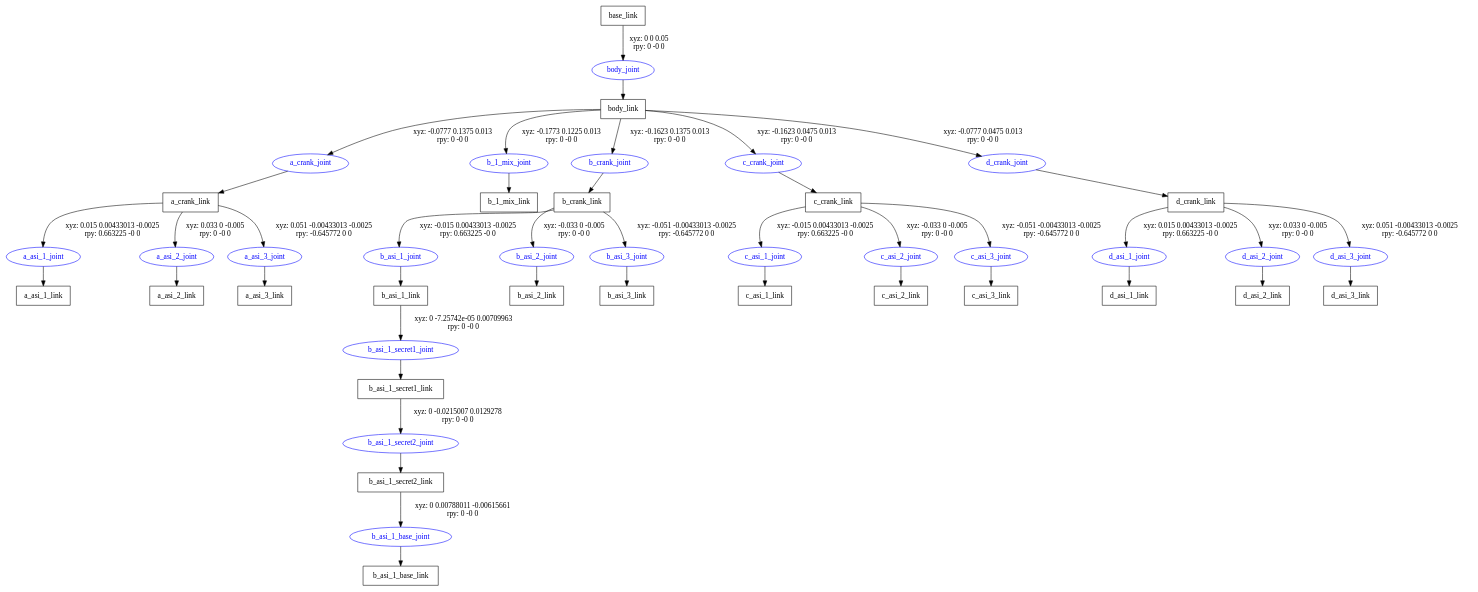
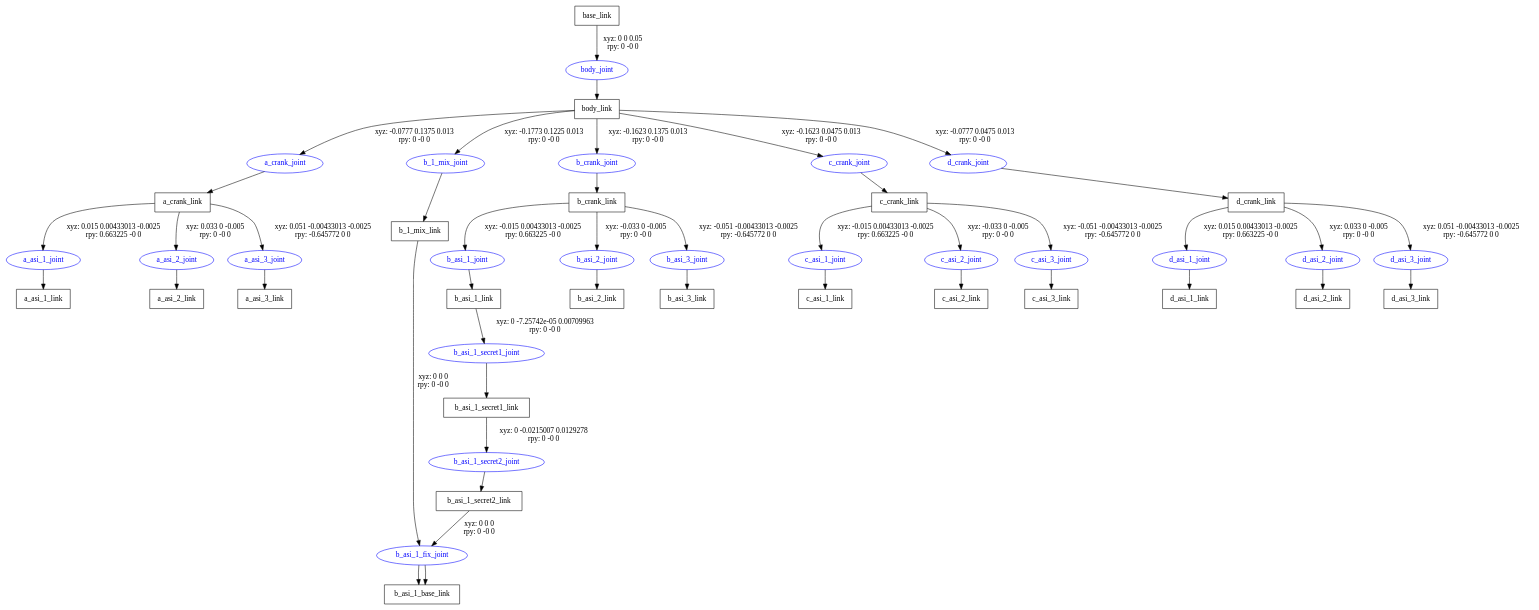
Before and after one commit to i14simizu/hekken_kouza2020: the diagram in urdf/hekken.gv, drawn with Graphviz. The commit also changed 4 other files, not shown here.

```diff
--- a/urdf/hekken.gv
+++ b/urdf/hekken.gv
@@ -1,68 +1,71 @@
 digraph G {
 node [shape=box];
 "base_link" [label="base_link"];
 "body_link" [label="body_link"];
 "a_crank_link" [label="a_crank_link"];
 "a_asi_1_link" [label="a_asi_1_link"];
 "a_asi_2_link" [label="a_asi_2_link"];
 "a_asi_3_link" [label="a_asi_3_link"];
 "b_1_mix_link" [label="b_1_mix_link"];
+"b_asi_1_base_link" [label="b_asi_1_base_link"];
 "b_crank_link" [label="b_crank_link"];
 "b_asi_1_link" [label="b_asi_1_link"];
 "b_asi_1_secret1_link" [label="b_asi_1_secret1_link"];
 "b_asi_1_secret2_link" [label="b_asi_1_secret2_link"];
 "b_asi_1_base_link" [label="b_asi_1_base_link"];
 "b_asi_2_link" [label="b_asi_2_link"];
 "b_asi_3_link" [label="b_asi_3_link"];
 "c_crank_link" [label="c_crank_link"];
 "c_asi_1_link" [label="c_asi_1_link"];
 "c_asi_2_link" [label="c_asi_2_link"];
 "c_asi_3_link" [label="c_asi_3_link"];
 "d_crank_link" [label="d_crank_link"];
 "d_asi_1_link" [label="d_asi_1_link"];
 "d_asi_2_link" [label="d_asi_2_link"];
 "d_asi_3_link" [label="d_asi_3_link"];
 node [shape=ellipse, color=blue, fontcolor=blue];
 "base_link" -> "body_joint" [label="xyz: 0 0 0.05 \nrpy: 0 -0 0"]
 "body_joint" -> "body_link"
 "body_link" -> "a_crank_joint" [label="xyz: -0.0777 0.1375 0.013 \nrpy: 0 -0 0"]
 "a_crank_joint" -> "a_crank_link"
 "a_crank_link" -> "a_asi_1_joint" [label="xyz: 0.015 0.00433013 -0.0025 \nrpy: 0.663225 -0 0"]
 "a_asi_1_joint" -> "a_asi_1_link"
 "a_crank_link" -> "a_asi_2_joint" [label="xyz: 0.033 0 -0.005 \nrpy: 0 -0 0"]
 "a_asi_2_joint" -> "a_asi_2_link"
 "a_crank_link" -> "a_asi_3_joint" [label="xyz: 0.051 -0.00433013 -0.0025 \nrpy: -0.645772 0 0"]
 "a_asi_3_joint" -> "a_asi_3_link"
 "body_link" -> "b_1_mix_joint" [label="xyz: -0.1773 0.1225 0.013 \nrpy: 0 -0 0"]
 "b_1_mix_joint" -> "b_1_mix_link"
+"b_1_mix_link" -> "b_asi_1_fix_joint" [label="xyz: 0 0 0 \nrpy: 0 -0 0"]
+"b_asi_1_fix_joint" -> "b_asi_1_base_link"
 "body_link" -> "b_crank_joint" [label="xyz: -0.1623 0.1375 0.013 \nrpy: 0 -0 0"]
 "b_crank_joint" -> "b_crank_link"
 "b_crank_link" -> "b_asi_1_joint" [label="xyz: -0.015 0.00433013 -0.0025 \nrpy: 0.663225 -0 0"]
 "b_asi_1_joint" -> "b_asi_1_link"
 "b_asi_1_link" -> "b_asi_1_secret1_joint" [label="xyz: 0 -7.25742e-05 0.00709963 \nrpy: 0 -0 0"]
 "b_asi_1_secret1_joint" -> "b_asi_1_secret1_link"
 "b_asi_1_secret1_link" -> "b_asi_1_secret2_joint" [label="xyz: 0 -0.0215007 0.0129278 \nrpy: 0 -0 0"]
 "b_asi_1_secret2_joint" -> "b_asi_1_secret2_link"
-"b_asi_1_secret2_link" -> "b_asi_1_base_joint" [label="xyz: 0 0.00788011 -0.00615661 \nrpy: 0 -0 0"]
-"b_asi_1_base_joint" -> "b_asi_1_base_link"
+"b_asi_1_secret2_link" -> "b_asi_1_fix_joint" [label="xyz: 0 0 0 \nrpy: 0 -0 0"]
+"b_asi_1_fix_joint" -> "b_asi_1_base_link"
 "b_crank_link" -> "b_asi_2_joint" [label="xyz: -0.033 0 -0.005 \nrpy: 0 -0 0"]
 "b_asi_2_joint" -> "b_asi_2_link"
 "b_crank_link" -> "b_asi_3_joint" [label="xyz: -0.051 -0.00433013 -0.0025 \nrpy: -0.645772 0 0"]
 "b_asi_3_joint" -> "b_asi_3_link"
 "body_link" -> "c_crank_joint" [label="xyz: -0.1623 0.0475 0.013 \nrpy: 0 -0 0"]
 "c_crank_joint" -> "c_crank_link"
 "c_crank_link" -> "c_asi_1_joint" [label="xyz: -0.015 0.00433013 -0.0025 \nrpy: 0.663225 -0 0"]
 "c_asi_1_joint" -> "c_asi_1_link"
 "c_crank_link" -> "c_asi_2_joint" [label="xyz: -0.033 0 -0.005 \nrpy: 0 -0 0"]
 "c_asi_2_joint" -> "c_asi_2_link"
 "c_crank_link" -> "c_asi_3_joint" [label="xyz: -0.051 -0.00433013 -0.0025 \nrpy: -0.645772 0 0"]
 "c_asi_3_joint" -> "c_asi_3_link"
 "body_link" -> "d_crank_joint" [label="xyz: -0.0777 0.0475 0.013 \nrpy: 0 -0 0"]
 "d_crank_joint" -> "d_crank_link"
 "d_crank_link" -> "d_asi_1_joint" [label="xyz: 0.015 0.00433013 -0.0025 \nrpy: 0.663225 -0 0"]
 "d_asi_1_joint" -> "d_asi_1_link"
 "d_crank_link" -> "d_asi_2_joint" [label="xyz: 0.033 0 -0.005 \nrpy: 0 -0 0"]
 "d_asi_2_joint" -> "d_asi_2_link"
 "d_crank_link" -> "d_asi_3_joint" [label="xyz: 0.051 -0.00433013 -0.0025 \nrpy: -0.645772 0 0"]
 "d_asi_3_joint" -> "d_asi_3_link"
 }
```
